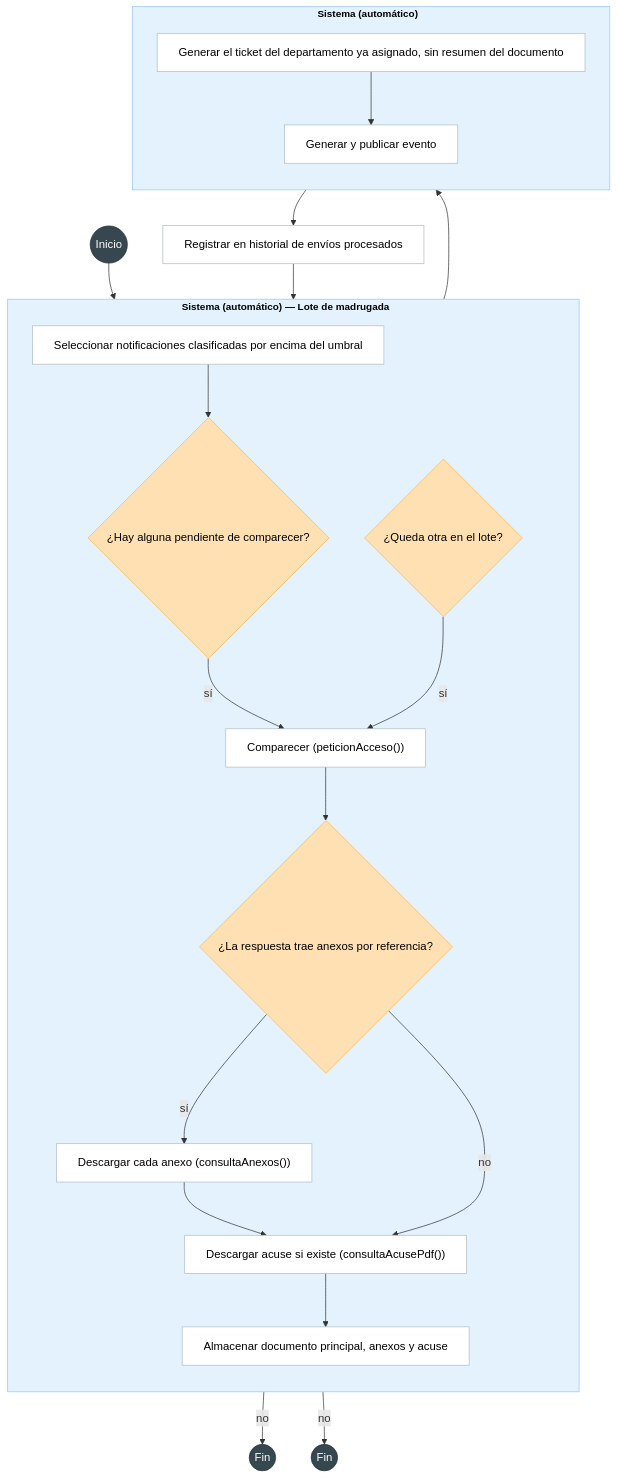
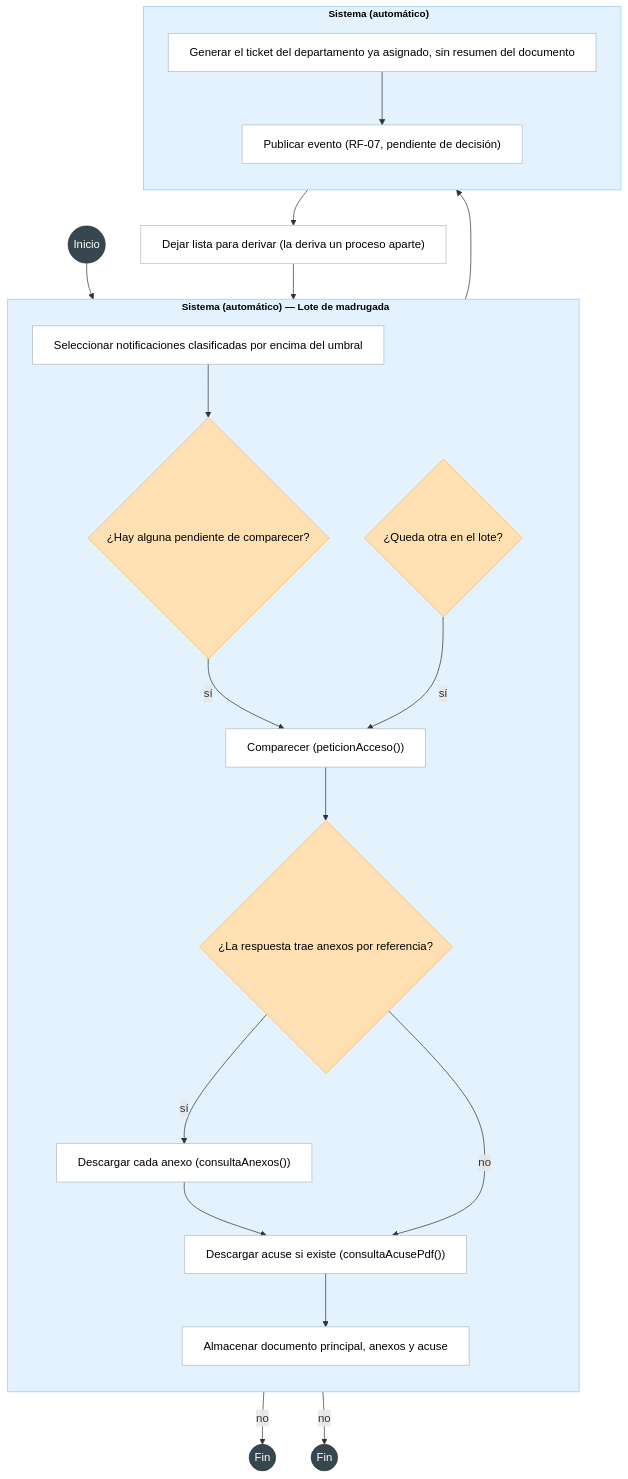
Before and after one commit to XIN917/TFM: the third of 6 diagrams in Diagramas/Diagramas_de_flujo.md, drawn with Mermaid. The commit also changed other lines of this file and 7 other files, not shown here.

````diff
--- a/Diagramas/Diagramas_de_flujo.md
+++ b/Diagramas/Diagramas_de_flujo.md
@@ -134,48 +134,48 @@
 ```mermaid
 %%{init: {"flowchart": {"wrappingWidth": 600}}}%%
 flowchart TD
     start(("Inicio")) --> n0
 
     subgraph SIS["Sistema (automático) — Lote de madrugada"]
         direction TB
         n0["Seleccionar notificaciones clasificadas por encima del umbral"]
         decHay{"¿Hay alguna pendiente de comparecer?"}
         n2["Comparecer (peticionAcceso())"]
         decAnexos{"¿La respuesta trae anexos por referencia?"}
         nAnexos["Descargar cada anexo (consultaAnexos())"]
         nAcuse["Descargar acuse si existe (consultaAcusePdf())"]
         n3["Almacenar documento principal, anexos y acuse"]
         decMas{"¿Queda otra en el lote?"}
 
         n0 --> decHay
         decHay -->|sí| n2 --> decAnexos
         decAnexos -->|sí| nAnexos --> nAcuse
         decAnexos -->|no| nAcuse
         nAcuse --> n3
     end
 
     decHay -->|no| stopNo(("Fin"))
     n3 --> b1
 
     subgraph SIS2["Sistema (automático)"]
         direction TB
         b1["Generar el ticket del departamento ya asignado, sin resumen del documento"]
-        b2["Generar y publicar evento"]
+        b2["Publicar evento (RF-07, pendiente de decisión)"]
         b1 --> b2
     end
 
-    b2 --> procReg["Registrar en historial de envíos procesados"] --> decMas
+    b2 --> procReg["Dejar lista para derivar (la deriva un proceso aparte)"] --> decMas
     decMas -->|sí| n2
     decMas -->|no| stop1(("Fin"))
 
     style SIS fill:#E3F2FD,stroke:#90CAF9,color:#000000,font-weight:bold,font-size:14px
     style SIS2 fill:#E3F2FD,stroke:#90CAF9,color:#000000,font-weight:bold,font-size:14px
 
     classDef process fill:#FFFFFF,stroke:#B0BEC5,color:#000000;
     classDef decision fill:#FFE0B2,stroke:#FFB74D,color:#000000;
     classDef terminal fill:#37474F,stroke:#263238,color:#ffffff;
 
     class n0,n2,nAnexos,nAcuse,n3,b1,b2,procReg process
     class decHay,decAnexos,decMas decision
     class start,stopNo,stop1 terminal
 ```
````
